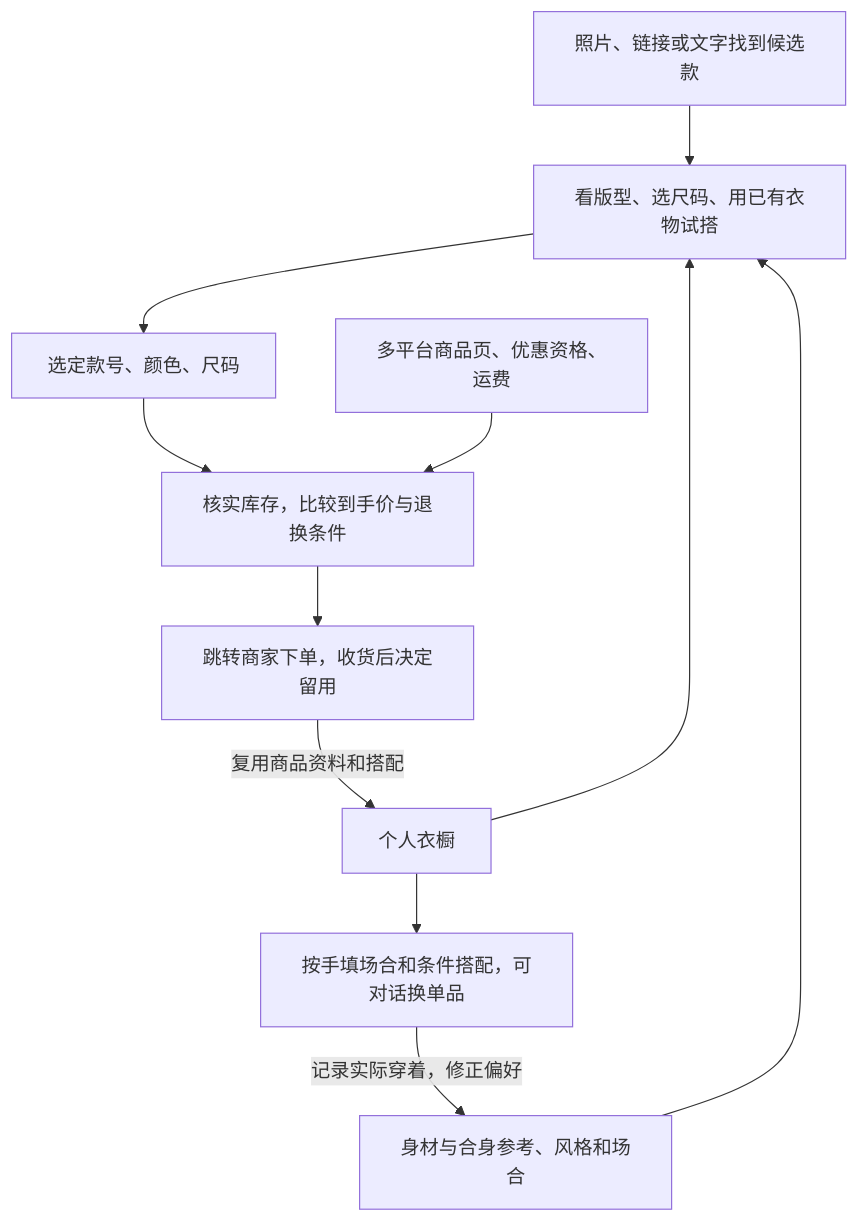
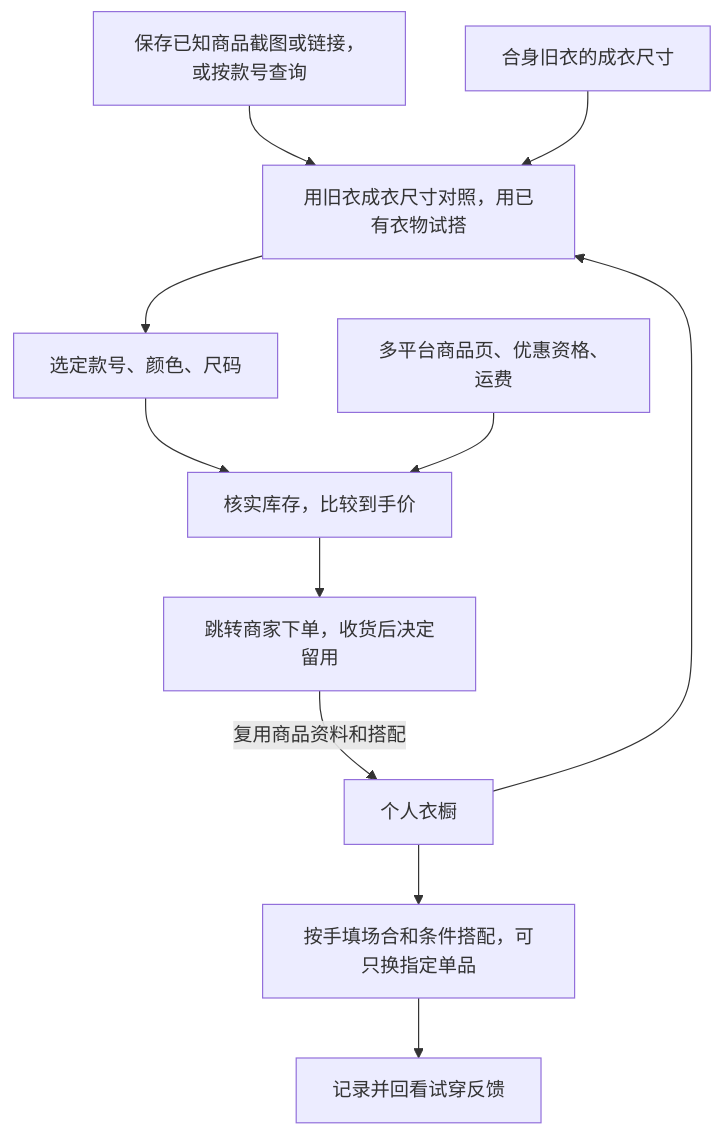
Before and after one commit to MXH814/DressWell: the diagram in README.md, drawn with Mermaid. The commit also changed other lines of this file and 5 other files, not shown here.

````diff
--- a/README.md
+++ b/README.md
@@ -41,13 +41,13 @@
 ```mermaid
 flowchart TD
-    I["照片、链接或文字找到候选款"] --> F["看版型、选尺码、用已有衣物试搭"]
-    P["身材与合身参考、风格和场合"] --> F
+    I["保存已知商品截图或链接，或按款号查询"] --> F["用旧衣成衣尺寸对照，用已有衣物试搭"]
+    P["合身旧衣的成衣尺寸"] --> F
     W["个人衣橱"] --> F
     F --> S["选定款号、颜色、尺码"]
-    S --> C["核实库存，比较到手价与退换条件"]
+    S --> C["核实库存，比较到手价"]
     Q["多平台商品页、优惠资格、运费"] --> C
     C --> B["跳转商家下单，收货后决定留用"]
     B -->|"复用商品资料和搭配"| W
-    W --> D["按手填场合和条件搭配，可对话换单品"]
-    D -->|"记录实际穿着，修正偏好"| P
+    W --> D["按手填场合和条件搭配，可只换指定单品"]
+    D --> H["记录并回看试穿反馈"]
 ```
````
